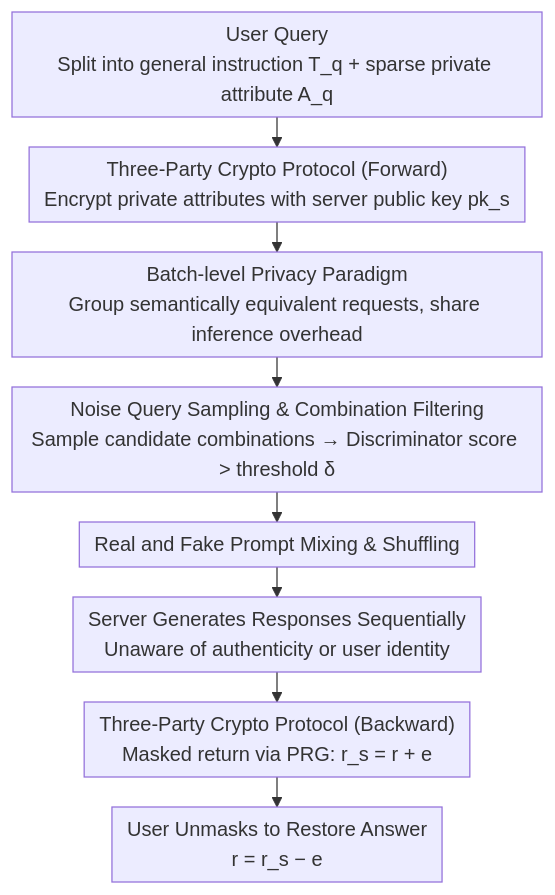
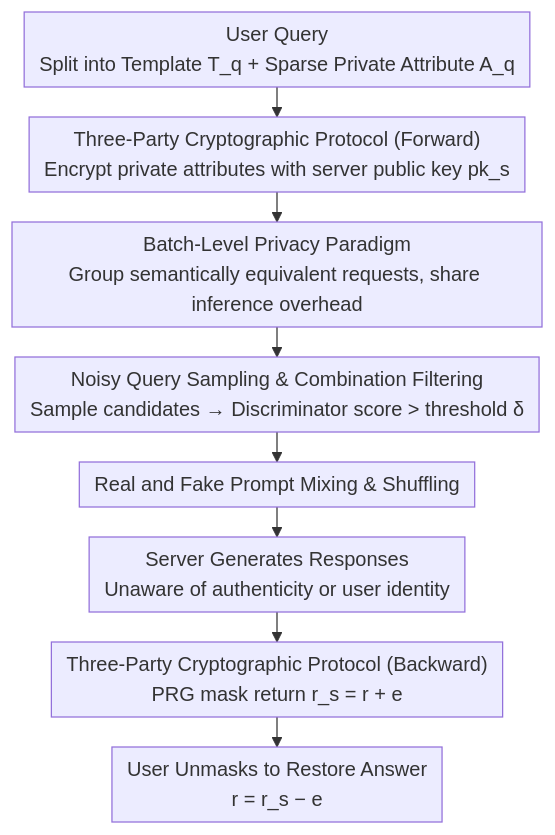
Before and after one commit to zhaoyang97/Paper-Notes-en: the diagram in docs/ACL2026/llm_safety/sharedrequest_privacy-preserving_model-agnostic_inference_for_large_language_mod.md, drawn with Mermaid. The commit also changed other lines of this file and 5084 other files, not shown here.

````diff
--- a/docs/ACL2026/llm_safety/sharedrequest_privacy-preserving_model-agnostic_inference_for_large_language_mod.md
+++ b/docs/ACL2026/llm_safety/sharedrequest_privacy-preserving_model-agnostic_inference_for_large_language_mod.md
@@ -43,11 +43,11 @@
 ```mermaid
 %%{init: {'flowchart': {'rankSpacing': 24, 'nodeSpacing': 28, 'padding': 6, 'wrappingWidth': 400}}}%%
 flowchart TD
-    A["User Query<br/>Split into general instruction T_q + sparse private attribute A_q"] --> B["Three-Party Crypto Protocol (Forward)<br/>Encrypt private attributes with server public key pk_s"]
-    B --> C["Batch-level Privacy Paradigm<br/>Group semantically equivalent requests, share inference overhead"]
-    C --> D["Noise Query Sampling & Combination Filtering<br/>Sample candidate combinations → Discriminator score > threshold δ"]
+    A["User Query<br/>Split into Template T_q + Sparse Private Attribute A_q"] --> B["Three-Party Cryptographic Protocol (Forward)<br/>Encrypt private attributes with server public key pk_s"]
+    B --> C["Batch-Level Privacy Paradigm<br/>Group semantically equivalent requests, share inference overhead"]
+    C --> D["Noisy Query Sampling & Combination Filtering<br/>Sample candidates → Discriminator score > threshold δ"]
     D --> E["Real and Fake Prompt Mixing & Shuffling"]
-    E --> F["Server Generates Responses Sequentially<br/>Unaware of authenticity or user identity"]
-    F --> G["Three-Party Crypto Protocol (Backward)<br/>Masked return via PRG: r_s = r + e"]
+    E --> F["Server Generates Responses<br/>Unaware of authenticity or user identity"]
+    F --> G["Three-Party Cryptographic Protocol (Backward)<br/>PRG mask return r_s = r + e"]
     G --> H["User Unmasks to Restore Answer<br/>r = r_s − e"]
 ```
````
